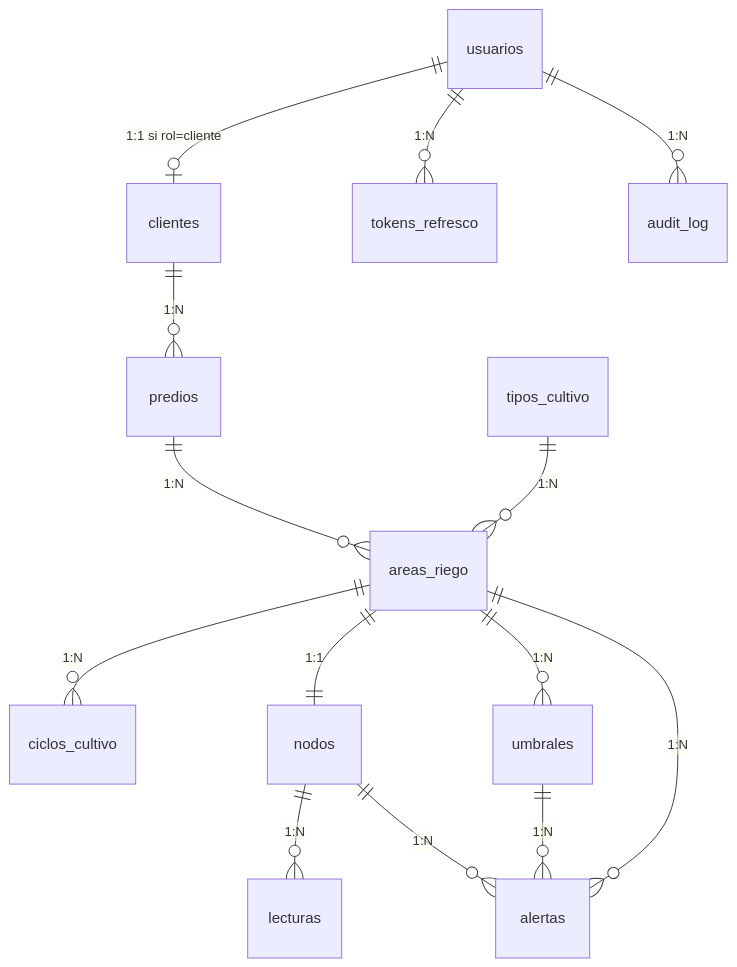
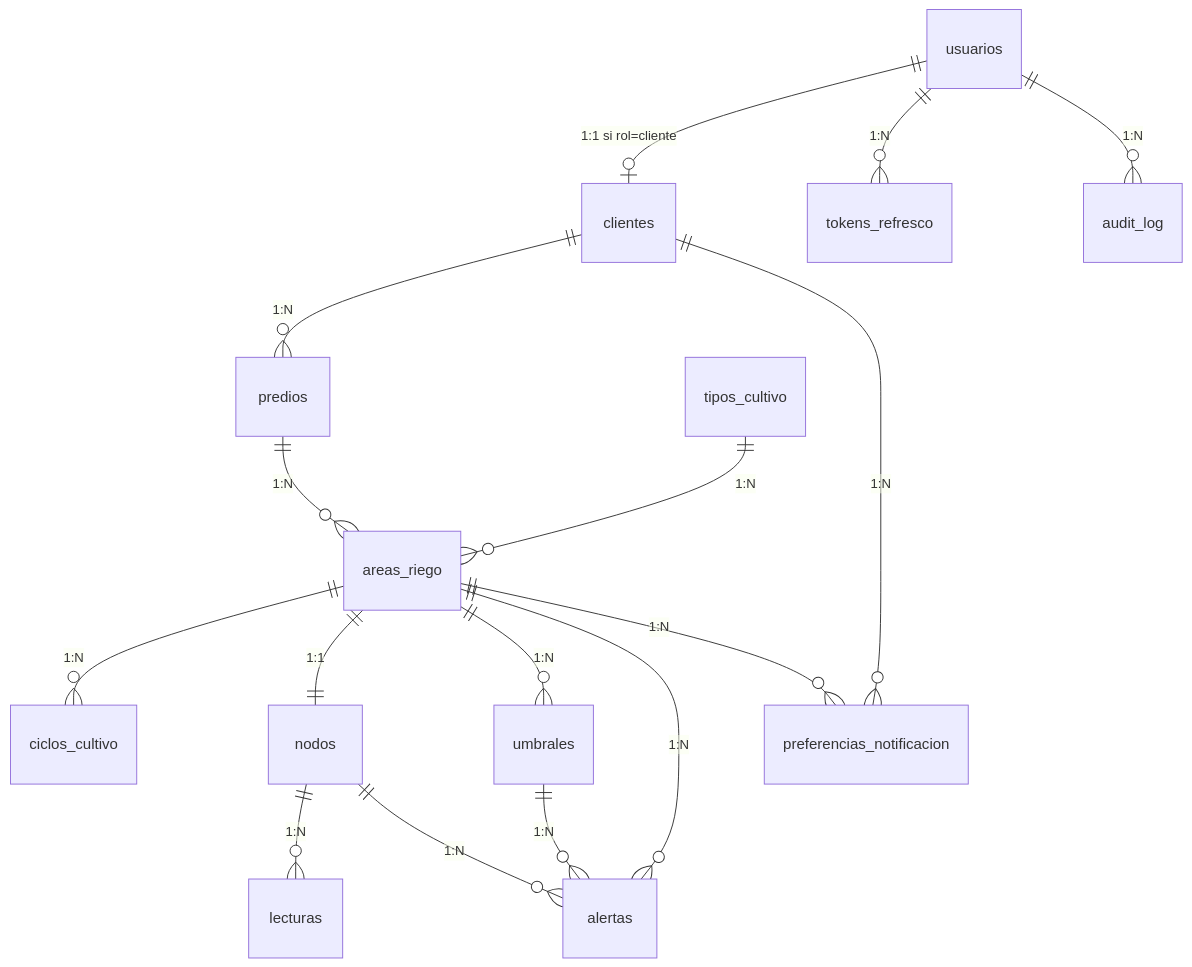
Before and after one commit to Alanzphy/IoT_Sensors: the diagram in docs/documentacion_base_de_datos.md, drawn with Mermaid. The commit also changed other lines of this file and 29 other files, not shown here.

````diff
--- a/docs/documentacion_base_de_datos.md
+++ b/docs/documentacion_base_de_datos.md
@@ -38,16 +38,18 @@
 ```mermaid
 erDiagram
     usuarios ||--o| clientes : "1:1 si rol=cliente"
     usuarios ||--o{ tokens_refresco : "1:N"
     usuarios ||--o{ audit_log : "1:N"
     clientes ||--o{ predios : "1:N"
+       clientes ||--o{ preferencias_notificacion : "1:N"
     predios ||--o{ areas_riego : "1:N"
     tipos_cultivo ||--o{ areas_riego : "1:N"
     areas_riego ||--o{ ciclos_cultivo : "1:N"
     areas_riego ||--|| nodos : "1:1"
     areas_riego ||--o{ umbrales : "1:N"
     areas_riego ||--o{ alertas : "1:N"
+       areas_riego ||--o{ preferencias_notificacion : "1:N"
     nodos ||--o{ lecturas : "1:N"
     nodos ||--o{ alertas : "1:N"
     umbrales ||--o{ alertas : "1:N"
 ```
````
